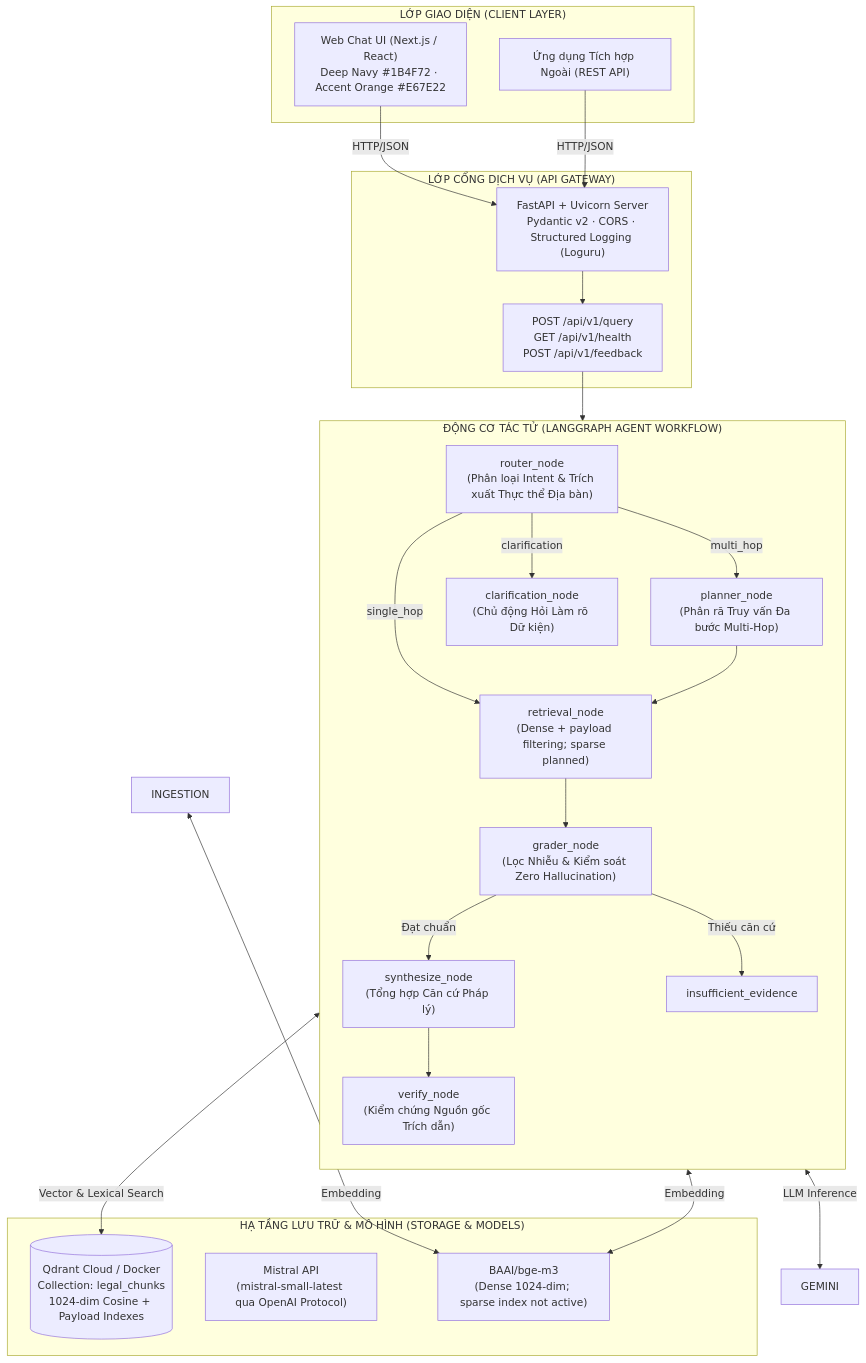
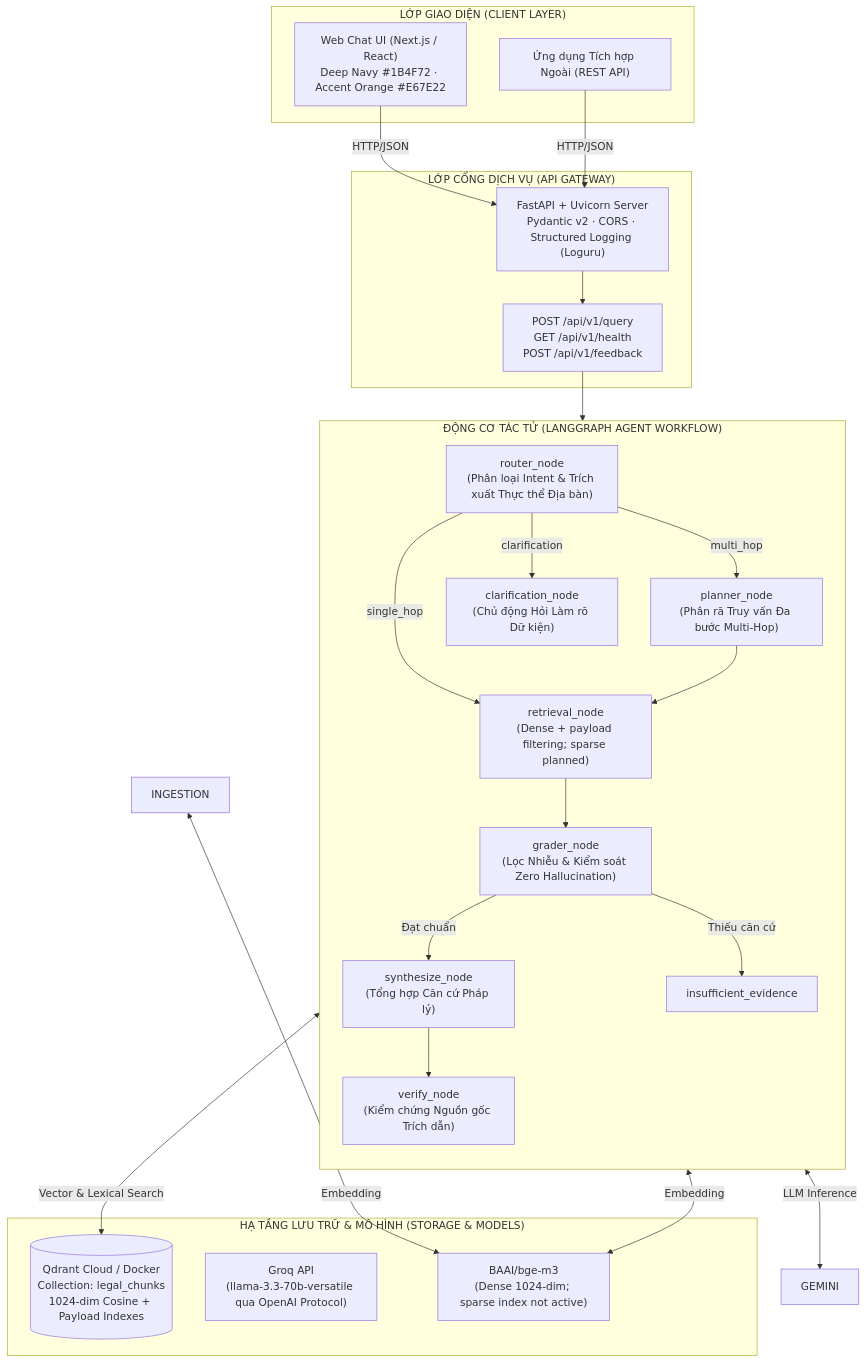
Before and after one commit to dovh25/agentic-rag-legal-qa-hanoi: the first of 3 diagrams in docs/architecture/README.md, drawn with Mermaid. The commit also changed other lines of this file and 14 other files, not shown here.

````diff
--- a/docs/architecture/README.md
+++ b/docs/architecture/README.md
@@ -15,44 +15,44 @@
 ```mermaid
 graph TB
     subgraph CLIENT["LỚP GIAO DIỆN (CLIENT LAYER)"]
         UI["Web Chat UI (Next.js / React)\nDeep Navy #1B4F72 · Accent Orange #E67E22"]
         EXT_APP["Ứng dụng Tích hợp Ngoài (REST API)"]
     end
 
     subgraph GATEWAY["LỚP CỔNG DỊCH VỤ (API GATEWAY)"]
         FA["FastAPI + Uvicorn Server\nPydantic v2 · CORS · Structured Logging (Loguru)"]
         ENDPOINTS["POST /api/v1/query\nGET /api/v1/health\nPOST /api/v1/feedback"]
     end
 
     subgraph AGENT_ENGINE["ĐỘNG CƠ TÁC TỬ (LANGGRAPH AGENT WORKFLOW)"]
         direction TB
         ROUTER["router_node\n(Phân loại Intent & Trích xuất Thực thể Địa bàn)"]
         PLANNER["planner_node\n(Phân rã Truy vấn Đa bước Multi-Hop)"]
         RETRIEVER["retrieval_node\n(Dense + payload filtering; sparse planned)"]
         GRADER["grader_node\n(Lọc Nhiễu & Kiểm soát Zero Hallucination)"]
         SYNTHESIZER["synthesize_node\n(Tổng hợp Căn cứ Pháp lý)"]
         VERIFIER["verify_node\n(Kiểm chứng Nguồn gốc Trích dẫn)"]
         CLARIFIER["clarification_node\n(Chủ động Hỏi Làm rõ Dữ kiện)"]
 
         ROUTER -->|single_hop| RETRIEVER
         ROUTER -->|multi_hop| PLANNER
         ROUTER -->|clarification| CLARIFIER
         PLANNER --> RETRIEVER
         RETRIEVER --> GRADER
         GRADER -->|Đạt chuẩn| SYNTHESIZER
         GRADER -->|Thiếu căn cứ| REFUSE["insufficient_evidence"]
         SYNTHESIZER --> VERIFIER
     end
 
     subgraph INFRASTRUCTURE["HẠ TẦNG LƯU TRỮ & MÔ HÌNH (STORAGE & MODELS)"]
         QDRANT[("Qdrant Cloud / Docker\nCollection: legal_chunks\n1024-dim Cosine + Payload Indexes")]
-        MISTRAL["Mistral API\n(mistral-small-latest qua OpenAI Protocol)"]
+        GROQ["Groq API\n(llama-3.3-70b-versatile qua OpenAI Protocol)"]
         BGEM3["BAAI/bge-m3\n(Dense 1024-dim; sparse index not active)"]
     end
 
     UI & EXT_APP -->|HTTP/JSON| FA
     FA --> ENDPOINTS --> AGENT_ENGINE
     RETRIEVER <-->|Vector & Lexical Search| QDRANT
     SYNTHESIZER <-->|LLM Inference| GEMINI
     RETRIEVER & INGESTION <-->|Embedding| BGEM3
 ```
````
